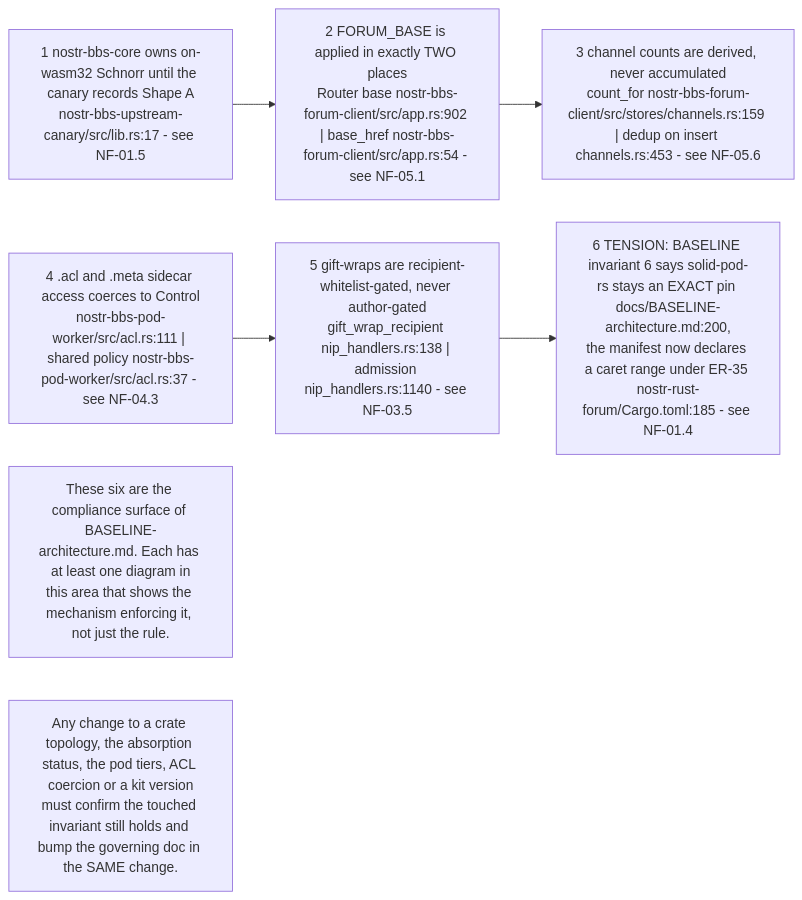
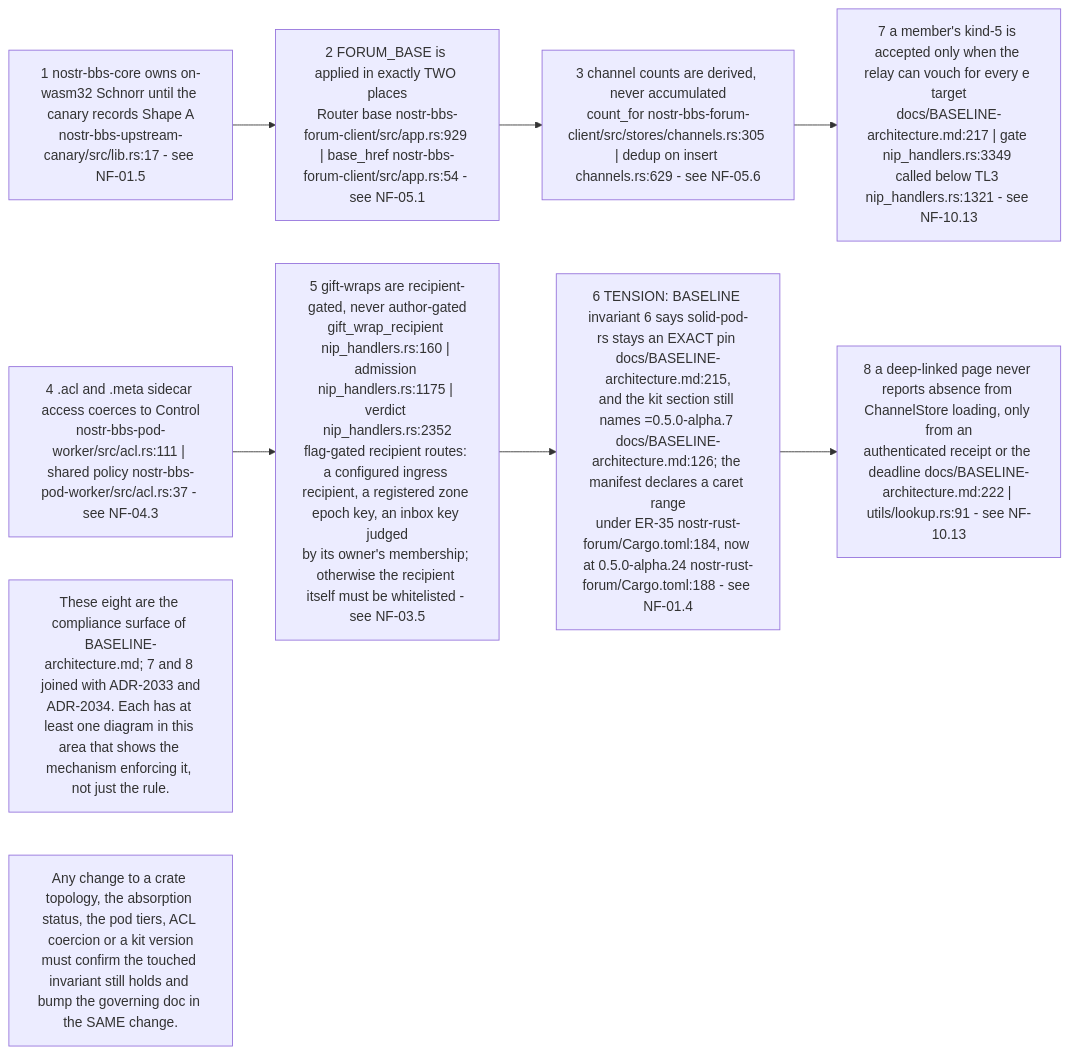
Before and after one commit to DreamLab-AI/VisionFlow: the first of 13 diagrams in docs/diagrams/nostr-rust-forum/10-invariants-and-anomaly-register.md, drawn with Mermaid. The commit also changed other lines of this file, not shown here.

First line of the commit message:
docs(diagrams): NF-10 register re-verified at nostr-rust-forum af4f0d5

````diff
--- a/docs/diagrams/nostr-rust-forum/10-invariants-and-anomaly-register.md
+++ b/docs/diagrams/nostr-rust-forum/10-invariants-and-anomaly-register.md
@@ -72,15 +92,17 @@
 ```mermaid
 flowchart LR
     I1["1 nostr-bbs-core owns on-wasm32 Schnorr until the canary records Shape A<br/>nostr-bbs-upstream-canary/src/lib.rs:17 - see NF-01.5"]
-    I2["2 FORUM_BASE is applied in exactly TWO places<br/>Router base nostr-bbs-forum-client/src/app.rs:902 | base_href nostr-bbs-forum-client/src/app.rs:54 - see NF-05.1"]
-    I3["3 channel counts are derived, never accumulated<br/>count_for nostr-bbs-forum-client/src/stores/channels.rs:159 | dedup on insert channels.rs:453 - see NF-05.6"]
+    I2["2 FORUM_BASE is applied in exactly TWO places<br/>Router base nostr-bbs-forum-client/src/app.rs:929 | base_href nostr-bbs-forum-client/src/app.rs:54 - see NF-05.1"]
+    I3["3 channel counts are derived, never accumulated<br/>count_for nostr-bbs-forum-client/src/stores/channels.rs:305 | dedup on insert channels.rs:629 - see NF-05.6"]
     I4["4 .acl and .meta sidecar access coerces to Control<br/>nostr-bbs-pod-worker/src/acl.rs:111 | shared policy nostr-bbs-pod-worker/src/acl.rs:37 - see NF-04.3"]
-    I5["5 gift-wraps are recipient-whitelist-gated, never author-gated<br/>gift_wrap_recipient nip_handlers.rs:138 | admission nip_handlers.rs:1140 - see NF-03.5"]
-    I6["6 TENSION: BASELINE invariant 6 says solid-pod-rs stays an EXACT pin docs/BASELINE-architecture.md:200,<br/>the manifest now declares a caret range under ER-35 nostr-rust-forum/Cargo.toml:185 - see NF-01.4"]
+    I5["5 gift-wraps are recipient-gated, never author-gated<br/>gift_wrap_recipient nip_handlers.rs:160 | admission nip_handlers.rs:1175 | verdict nip_handlers.rs:2352<br/>flag-gated recipient routes: a configured ingress recipient, a registered zone epoch key, an inbox key judged<br/>by its owner's membership; otherwise the recipient itself must be whitelisted - see NF-03.5"]
+    I6["6 TENSION: BASELINE invariant 6 says solid-pod-rs stays an EXACT pin docs/BASELINE-architecture.md:215,<br/>and the kit section still names =0.5.0-alpha.7 docs/BASELINE-architecture.md:126; the manifest declares a caret range<br/>under ER-35 nostr-rust-forum/Cargo.toml:184, now at 0.5.0-alpha.24 nostr-rust-forum/Cargo.toml:188 - see NF-01.4"]
+    I7["7 a member's kind-5 is accepted only when the relay can vouch for every e target<br/>docs/BASELINE-architecture.md:217 | gate nip_handlers.rs:3349 called below TL3 nip_handlers.rs:1321 - see NF-10.13"]
+    I8["8 a deep-linked page never reports absence from ChannelStore loading, only from an<br/>authenticated receipt or the deadline docs/BASELINE-architecture.md:222 | utils/lookup.rs:91 - see NF-10.13"]
 
-    I1 --> I2 --> I3
-    I4 --> I5 --> I6
+    I1 --> I2 --> I3 --> I7
+    I4 --> I5 --> I6 --> I8
 
-    N1["These six are the compliance surface of BASELINE-architecture.md. Each has at least one diagram in<br/>this area that shows the mechanism enforcing it, not just the rule."]
+    N1["These eight are the compliance surface of BASELINE-architecture.md; 7 and 8 joined with ADR-2033 and<br/>ADR-2034. Each has at least one diagram in this area that shows the mechanism enforcing it, not just the rule."]
     N2["Any change to a crate topology, the absorption status, the pod tiers, ACL coercion or a kit version<br/>must confirm the touched invariant still holds and bump the governing doc in the SAME change."]
 ```
````
